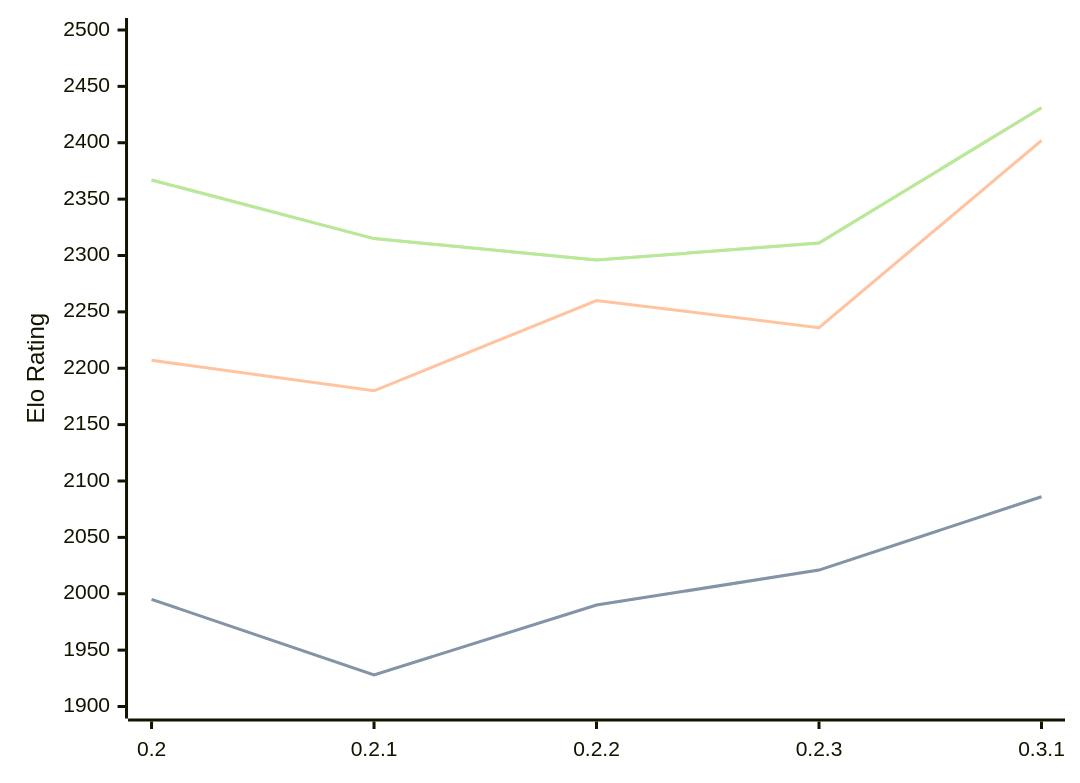
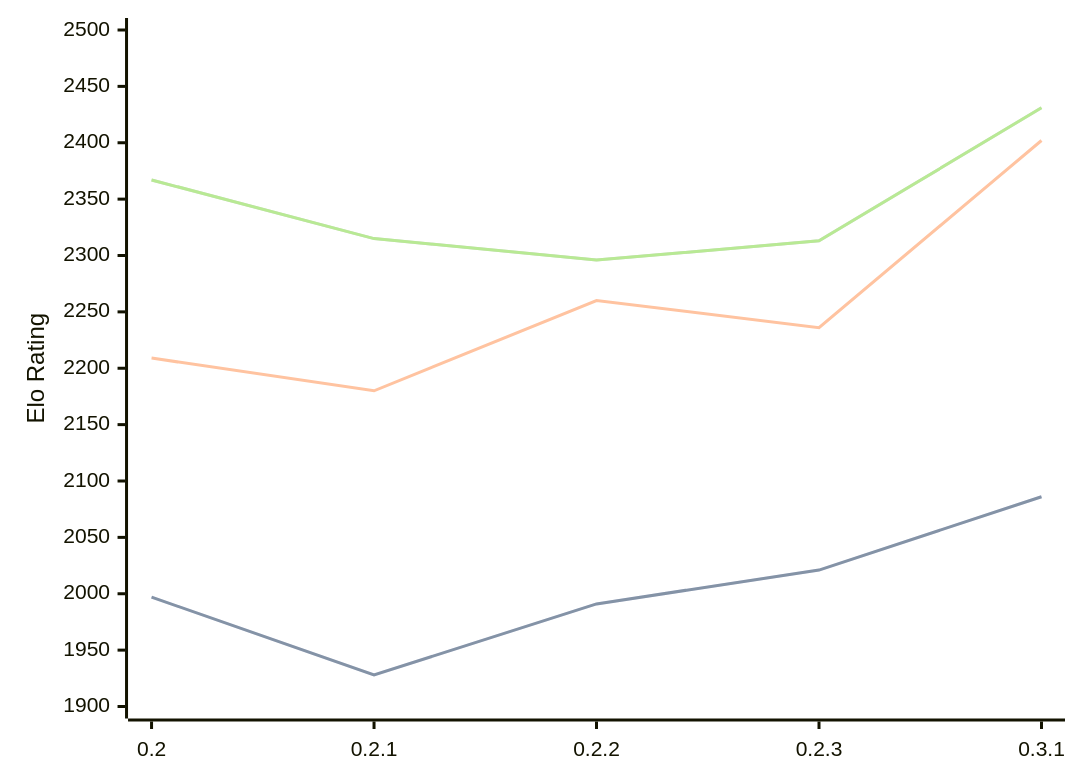
The diagram in engines/Lolbot.md (computer-chess-index/cci), drawn with Mermaid before and after one commit. The commit also changed other lines of this file, not shown here.

Commit message:
Update CCI Ratings (ELO VLTC) - 2026-08-24

````diff
--- a/engines/Lolbot.md
+++ b/engines/Lolbot.md
@@ -35,11 +35,11 @@
 ```mermaid
 %%{init: {"theme":"base","themeVariables":{"seriesColors:['#a3a3a3','#222221','#faa371']}}}%%
 xychart-beta
   x-axis ["0.2", "0.2.1", "0.2.2", "0.2.3", "0.3.1"]
   y-axis "Elo Rating" 1900 --> 2500
-  line "STC (8.0+0.08s)" [1995, 1928, 1990, 2021, 2086]
-  line "STC (8.0+0.08s)" [1995, 1928, 1990, 2021, 2086]
-  line "LTC (60.0+0.60s)" [2207, 2180, 2260, 2236, 2402]
-  line "VLTC (2m24s+1.12s)" [2367, 2315, 2296, 2311, 2431]
-  line "VLTC (2m24s+1.12s)" [2367, 2315, 2296, 2311, 2431]
+  line "STC (8.0+0.08s)" [1997, 1928, 1991, 2021, 2086]
+  line "STC (8.0+0.08s)" [1997, 1928, 1991, 2021, 2086]
+  line "LTC (60.0+0.60s)" [2209, 2180, 2260, 2236, 2402]
+  line "VLTC (2m24s+1.12s)" [2367, 2315, 2296, 2313, 2431]
+  line "VLTC (2m24s+1.12s)" [2367, 2315, 2296, 2313, 2431]
 ```
````
